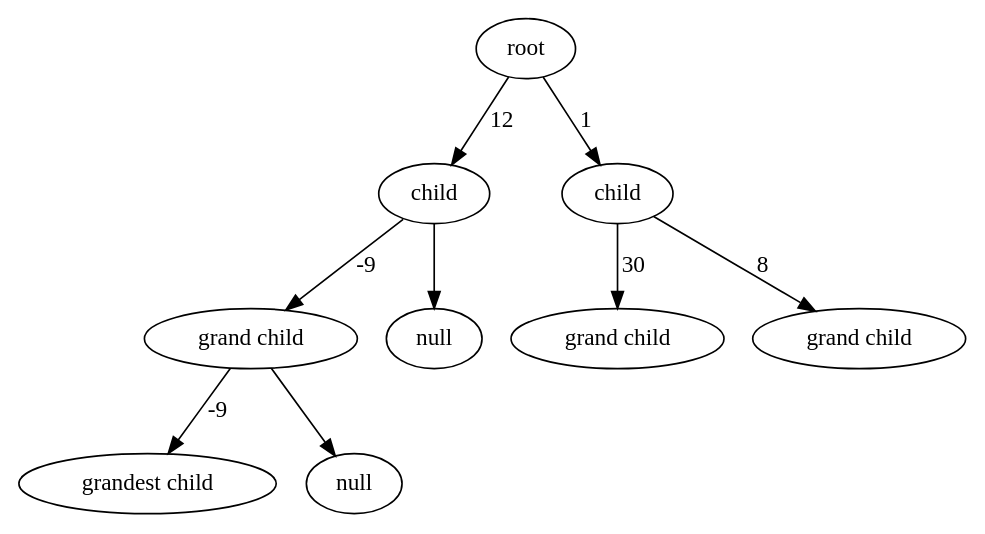
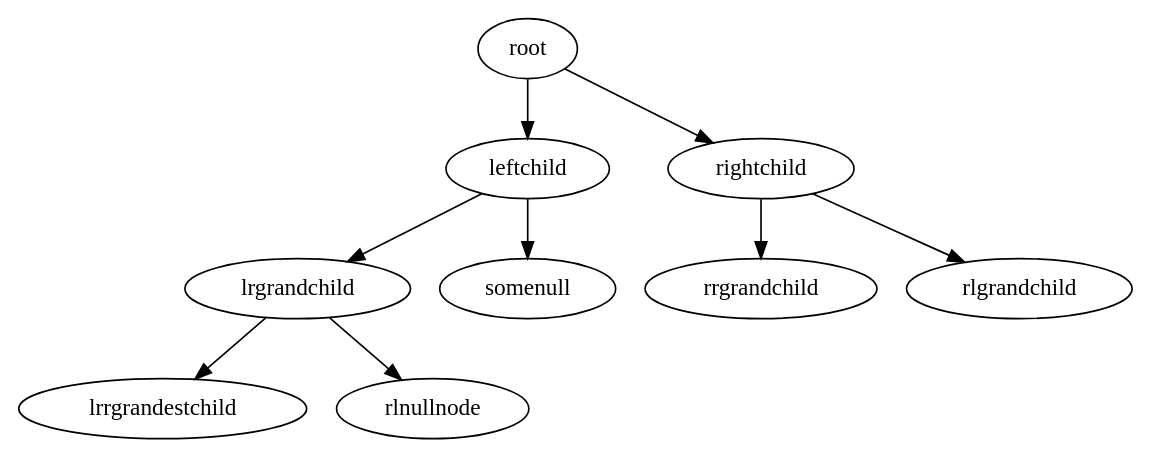
Before and after one commit to AshFungor/graph-serializer: the diagram in data/examples/binary-tree.gv, drawn with Graphviz. The commit also changed 4 other files, not shown here.

```diff
--- a/data/examples/binary-tree.gv
+++ b/data/examples/binary-tree.gv
@@ -1,22 +1,21 @@
-digraph BinaryTree {
-    # nodes
-    root [label="root"]
-    l_child [label="child"]
-    r_child [label="child"]
-    grand_rr_child [label="grand child"]
-    grand_rl_child [label="grand child"]
-    grand_lr_child [label="grand child"]
-    grand_grand_lrr_child [label="grandest child"]
-    ll_null_node [label="null"]
-    lrl_null_node [label="null"]
+digraph {
 
-    # edges
-    root -> l_child [label="12"]
-    root -> r_child [label="1"]
-    l_child -> grand_lr_child [label="-9"]
-    r_child -> grand_rl_child [label="8"]
-    r_child -> grand_rr_child [label="30"]
-    grand_lr_child -> grand_grand_lrr_child [label="-9"]
-    l_child -> ll_null_node
-    grand_lr_child -> lrl_null_node
+ root [label = "root"]
+ child [label = "leftchild"]
+ rchild [label = "rightchild"]
+ grandrrchild [label = "rrgrandchild"]
+ grandrlchild [label = "rlgrandchild"]
+ grandlrchild [label = "lrgrandchild"]
+ grandgrandlrrchild [label = "lrrgrandestchild"]
+ lnullnode [label = "somenull"]
+ rlnullnode
+
+ root -> child [weight = 12]
+ root -> rchild [weight = 1]
+ child -> grandlrchild [weight = 9]
+ rchild -> grandrlchild [weight = 8]
+ rchild -> grandrrchild [weight = 30]
+ grandlrchild -> grandgrandlrrchild [weight = 9]
+ child -> lnullnode [weight = 9]
+ grandlrchild -> rlnullnode [weight = 9]
 }
```
